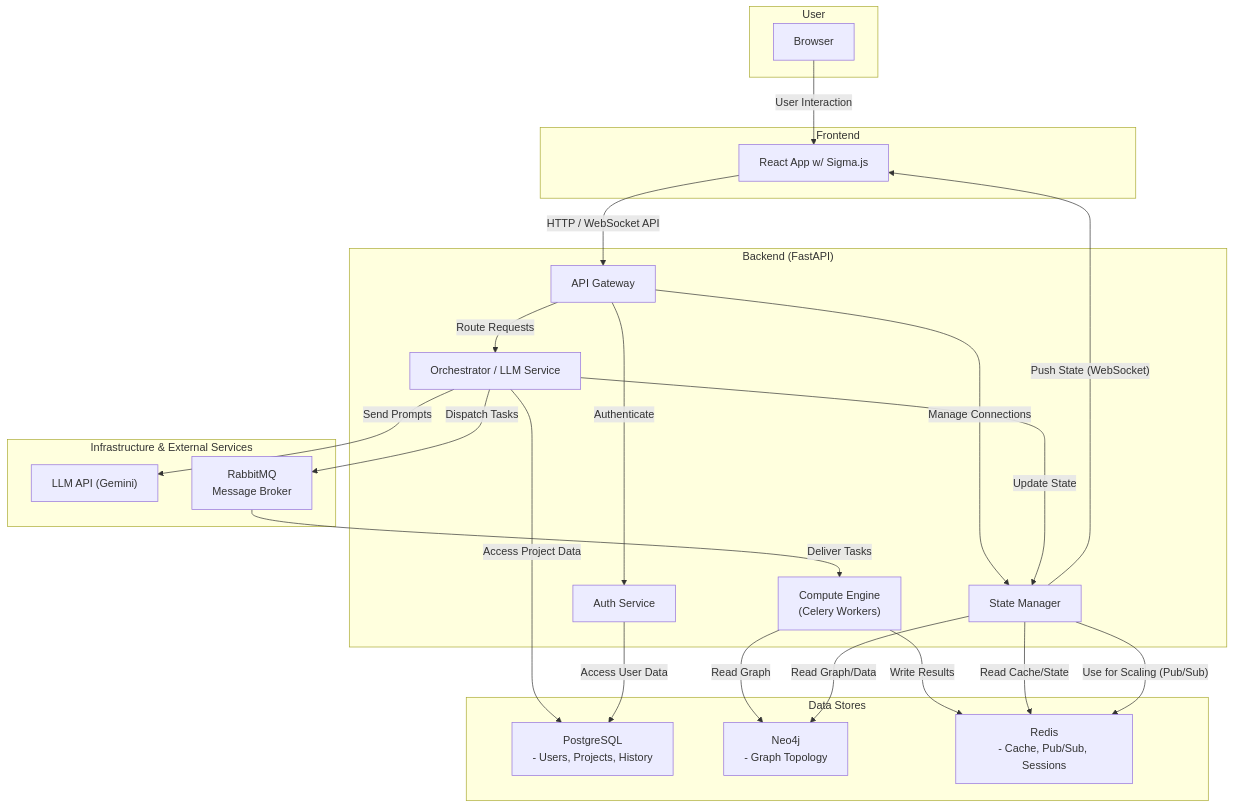
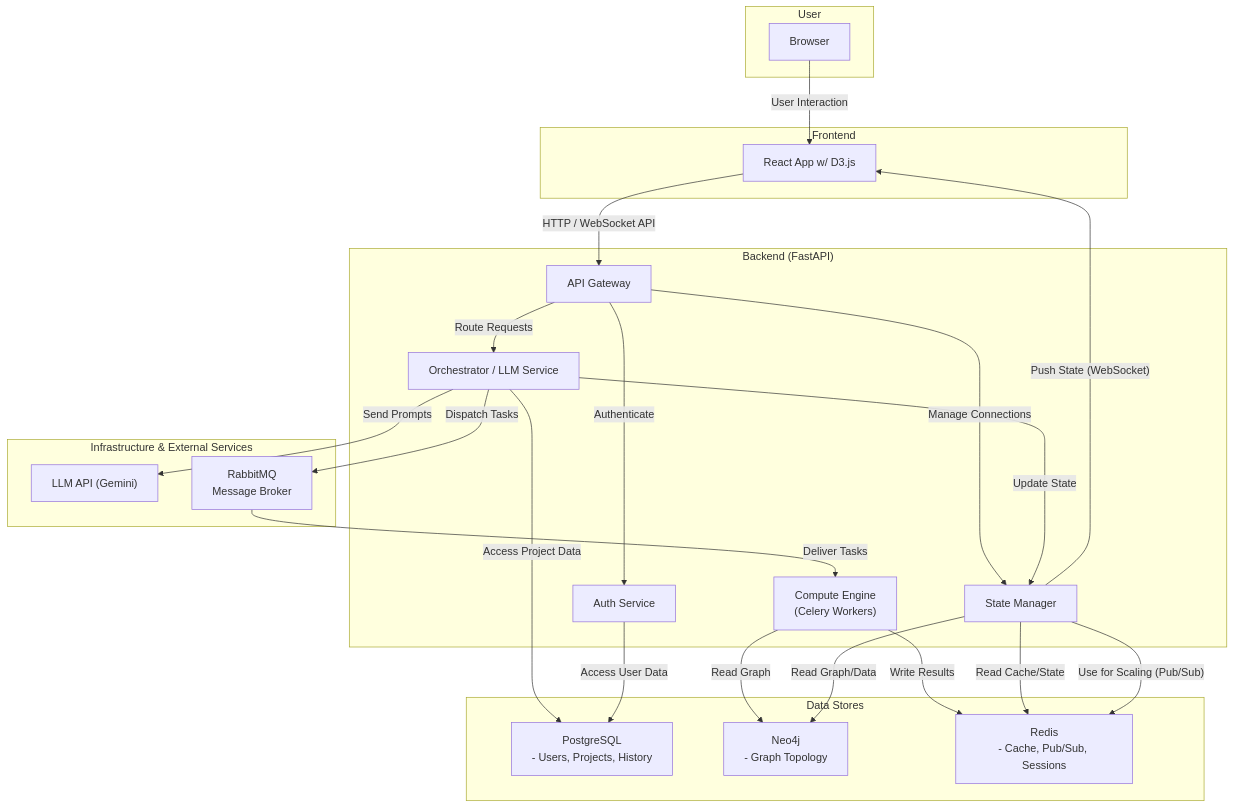
One commit to vdslab/LLMGraphvis changed the diagram in docs/architecture-design.md. Above: the diagram before and after it, drawn with Mermaid. The commit also changed 5 other files, not shown here.

````diff
--- a/docs/architecture-design.md
+++ b/docs/architecture-design.md
@@ -16,54 +16,54 @@
 ```mermaid
 graph TD
     subgraph "User"
         UserClient[Browser]
     end
 
     subgraph "Frontend"
-        WebApp[React App w/ Sigma.js]
+        WebApp[React App w/ D3.js]
     end
 
     subgraph "Backend (FastAPI)"
         APIGateway[API Gateway]
         Orchestrator[Orchestrator / LLM Service]
         ComputeEngine["Compute Engine<br>(Celery Workers)"]
         StateManager[State Manager]
         AuthService[Auth Service]
     end
 
     subgraph "Data Stores"
         PostgresDB["PostgreSQL<br>- Users, Projects, History"]
         Neo4jDB["Neo4j<br>- Graph Topology"]
         RedisDB["Redis<br>- Cache, Pub/Sub, Sessions"]
     end
 
     subgraph "Infrastructure & External Services"
         LLM_API["LLM API (Gemini)"]
         RabbitMQ_Broker["RabbitMQ<br>Message Broker"]
     end
 
     %% Connections
     UserClient -- "User Interaction" --> WebApp
     WebApp -- "HTTP / WebSocket API" --> APIGateway
 
     APIGateway -- "Authenticate" --> AuthService
     APIGateway -- "Route Requests" --> Orchestrator
     APIGateway -- "Manage Connections" --> StateManager
 
     Orchestrator -- "Send Prompts" --> LLM_API
     Orchestrator -- "Dispatch Tasks" --> RabbitMQ_Broker
     Orchestrator -- "Update State" --> StateManager
     Orchestrator -- "Access Project Data" --> PostgresDB
 
     RabbitMQ_Broker -- "Deliver Tasks" --> ComputeEngine
 
     ComputeEngine -- "Read Graph" --> Neo4jDB
     ComputeEngine -- "Write Results" --> RedisDB
 
     StateManager -- "Push State (WebSocket)" --> WebApp
     StateManager -- "Read Graph/Data" --> Neo4jDB
     StateManager -- "Read Cache/State" --> RedisDB
     StateManager -- "Use for Scaling (Pub/Sub)" --> RedisDB
 
     AuthService -- "Access User Data" --> PostgresDB
 ```
````
